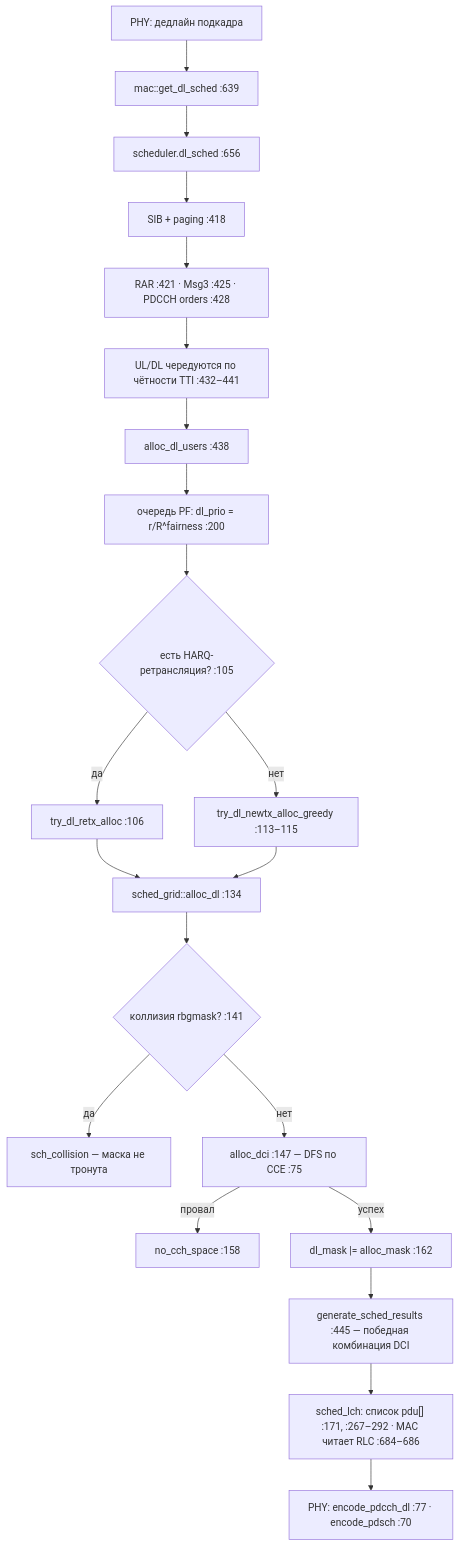
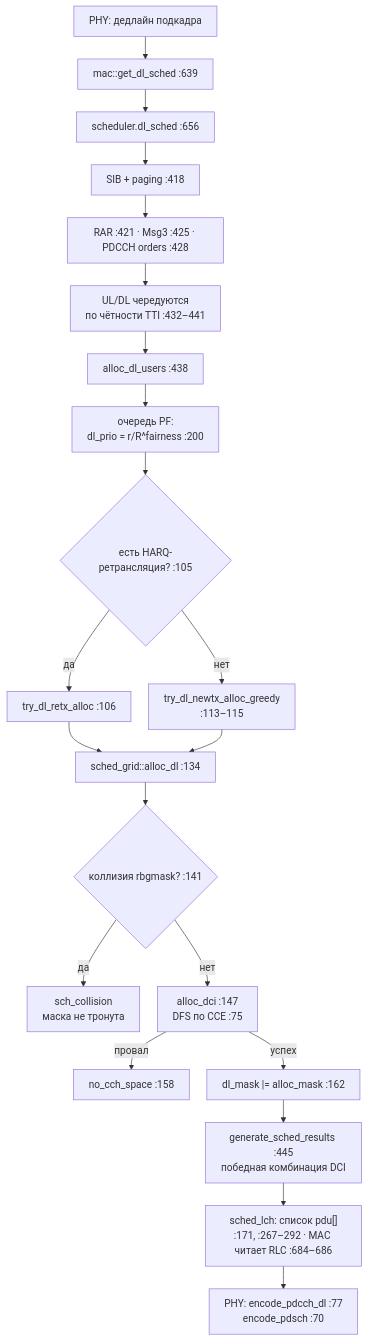
Before and after one commit to dokbrawn/REC-S5: the first of 5 diagrams in weeks/docs/week_03_report.md, drawn with Mermaid. The commit also changed other lines of this file, not shown here.

````diff
--- a/weeks/docs/week_03_report.md
+++ b/weeks/docs/week_03_report.md
@@ -120,23 +120,24 @@
 ```mermaid
+%%{init: {"flowchart": {"htmlLabels": true, "nodeSpacing": 28, "rankSpacing": 36, "padding": 12}}}%%
 flowchart TD
     A["PHY: дедлайн подкадра"] --> B["mac::get_dl_sched :639"]
     B --> C["scheduler.dl_sched :656"]
     C --> D["SIB + paging :418"]
     D --> E["RAR :421 · Msg3 :425 · PDCCH orders :428"]
-    E --> F["UL/DL чередуются по чётности TTI :432–441"]
+    E --> F["UL/DL чередуются<br/>по чётности TTI :432–441"]
     F --> G["alloc_dl_users :438"]
-    G --> H["очередь PF: dl_prio = r/R^fairness :200"]
+    G --> H["очередь PF:<br/>dl_prio = r/R^fairness :200"]
     H --> I{"есть HARQ-ретрансляция? :105"}
     I -->|да| J["try_dl_retx_alloc :106"]
-    I -->|нет| K["try_dl_newtx_alloc_greedy :113–115"]
+    I -->|нет| K["try_dl_newtx_alloc_greedy<br/>:113–115"]
     J --> L["sched_grid::alloc_dl :134"]
     K --> L
     L --> M{"коллизия rbgmask? :141"}
-    M -->|да| N["sch_collision — маска не тронута"]
-    M -->|нет| O["alloc_dci :147 — DFS по CCE :75"]
+    M -->|да| N["sch_collision<br/>маска не тронута"]
+    M -->|нет| O["alloc_dci :147<br/>DFS по CCE :75"]
     O -->|провал| P["no_cch_space :158"]
     O -->|успех| Q["dl_mask |= alloc_mask :162"]
-    Q --> R["generate_sched_results :445 — победная комбинация DCI"]
-    R --> S["sched_lch: список pdu[] :171, :267–292 · MAC читает RLC :684–686"]
-    S --> T["PHY: encode_pdcch_dl :77 · encode_pdsch :70"]
+    Q --> R["generate_sched_results :445<br/>победная комбинация DCI"]
+    R --> S["sched_lch: список pdu[]<br/>:171, :267–292 · MAC читает RLC :684–686"]
+    S --> T["PHY: encode_pdcch_dl :77<br/>encode_pdsch :70"]
 ```
````
